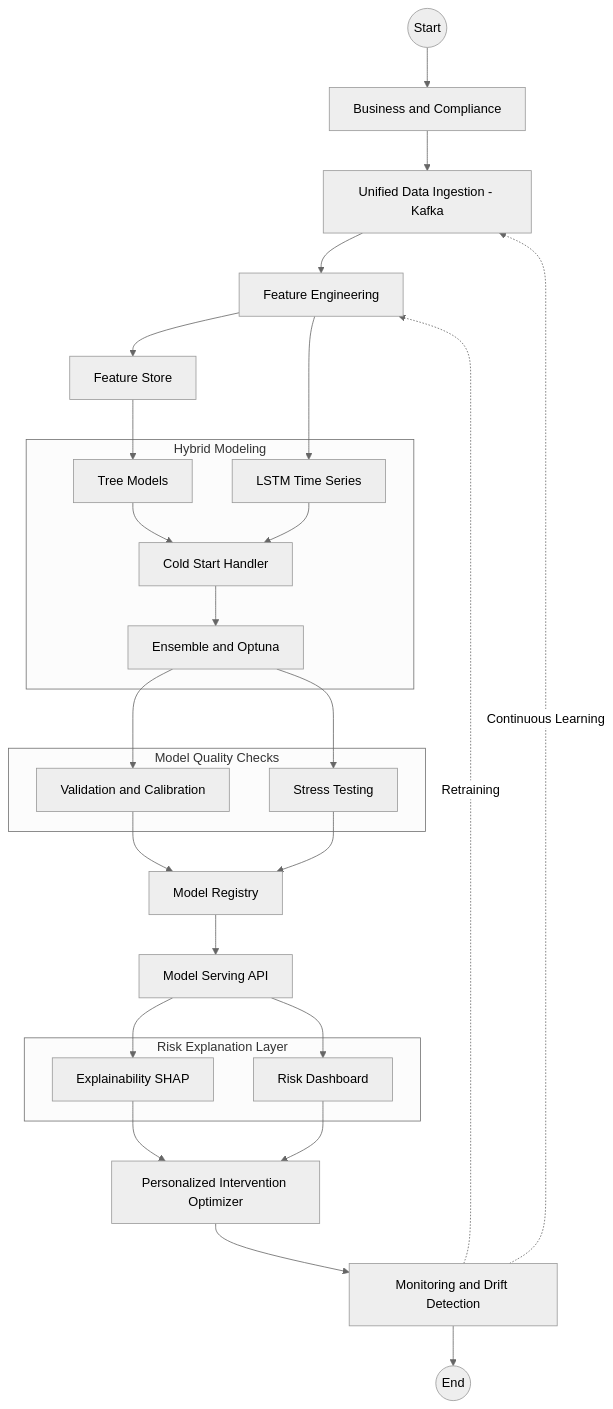
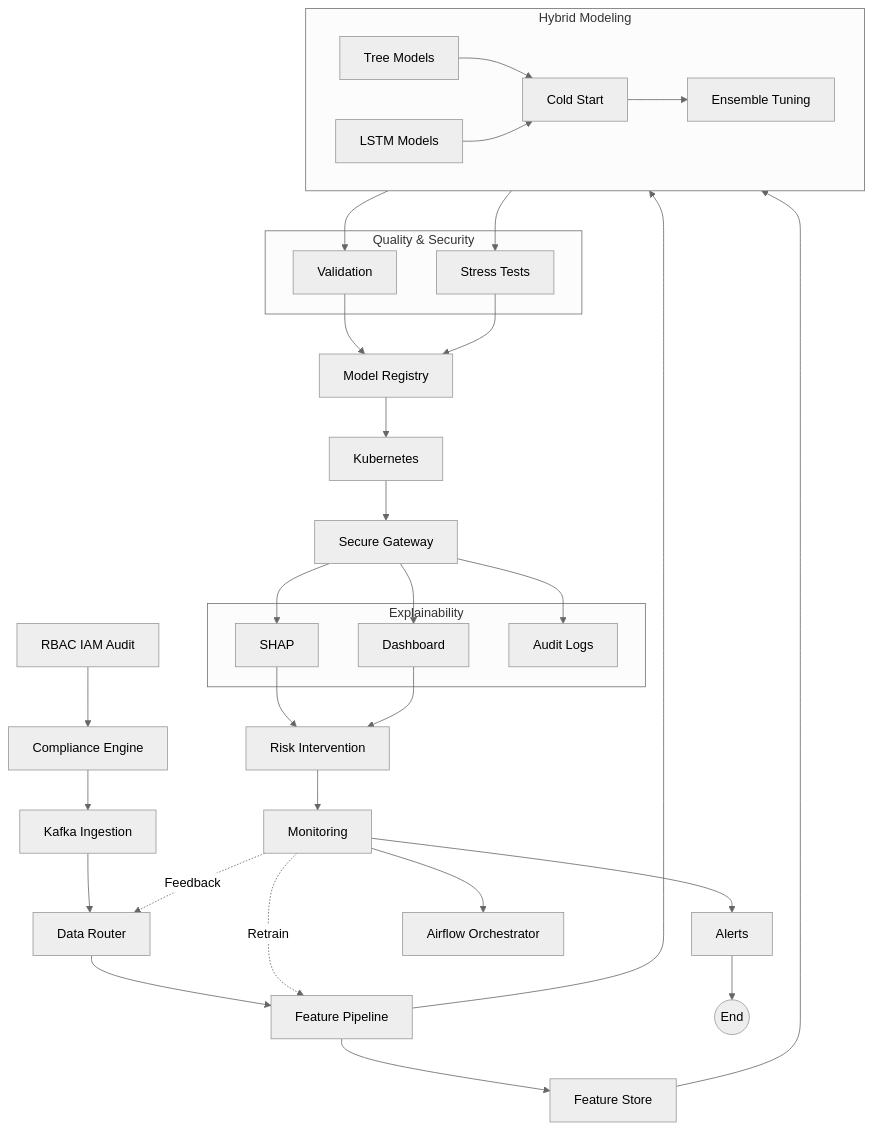
One commit to SHREESH-git/Pre-delinquency-engine changed the diagram in README.md. Above: the diagram before and after it, drawn with Mermaid (neutral theme).

Commit message:
Update README with flowchart

````diff
--- a/README.md
+++ b/README.md
@@ -59,57 +59,76 @@
 ```mermaid
 flowchart TD
 
-    Start((Start)) --> BC[Business and Compliance]
-    BC --> UDI[Unified Data Ingestion - Kafka]
+    %% ===== TOP CONTROL =====
+    A[RBAC IAM Audit] --> B[Compliance Engine]
+    B --> C[Kafka Ingestion]
+    C --> D[Data Router]
 
-    UDI --> FE[Feature Engineering]
-    FE --> FS[Feature Store]
+    %% ===== FEATURE LAYER =====
+    D --> E[Feature Pipeline]
+    E --> F[Feature Store]
 
-    %% Hybrid Modeling
+    %% ===== HYBRID MODELING =====
     subgraph HM[Hybrid Modeling]
-        TM[Tree Models]
-        LSTM[LSTM Time Series]
-        CSH[Cold Start Handler]
-        ENS[Ensemble and Optuna]
 
-        TM --> CSH
-        LSTM --> CSH
-        CSH --> ENS
+        direction LR
+        G[Tree Models]
+        H[LSTM Models]
+
+        G --> I[Cold Start]
+        H --> I
+        I --> J[Ensemble Tuning]
+
     end
 
-    FS --> TM
-    FE --> LSTM
+    F --> G
+    E --> H
 
-    %% Model Quality Checks
-    subgraph MQC[Model Quality Checks]
-        VC[Validation and Calibration]
-        ST[Stress Testing]
+    %% ===== QUALITY & SECURITY =====
+    subgraph QS[Quality & Security]
+
+        K[Validation]
+        L[Stress Tests]
+
     end
 
-    ENS --> VC
-    ENS --> ST
+    J --> K
+    J --> L
 
-    VC --> MR[Model Registry]
-    ST --> MR
+    K --> M[Model Registry]
+    L --> M
 
-    MR --> API[Model Serving API]
+    %% ===== DEPLOYMENT =====
+    M --> N[Kubernetes]
+    N --> O[Secure Gateway]
 
-    %% Risk Explanation Layer
-    subgraph REL[Risk Explanation Layer]
-        SHAP[Explainability SHAP]
-        RD[Risk Dashboard]
+    %% ===== EXPLAINABILITY =====
+    subgraph EX[Explainability]
+
+        P[SHAP]
+        Q[Dashboard]
+        R[Audit Logs]
+
     end
 
-    API --> SHAP
-    API --> RD
+    O --> P
+    O --> Q
+    O --> R
 
-    SHAP --> PIO[Personalized Intervention Optimizer]
-    RD --> PIO
+    %% ===== BUSINESS ACTION =====
+    P --> S[Risk Intervention]
+    Q --> S
 
-    PIO --> MDD[Monitoring and Drift Detection]
-    MDD --> End((End))
+    %% ===== MONITORING =====
+    S --> T[Monitoring]
+    T --> U[Alerts]
+    U --> V((End))
 
-    %% Continuous Learning Loop
-    MDD -. Continuous Learning .-> UDI
-    MDD -. Retraining .-> FE
+    %% ===== ORCHESTRATION =====
+    T --> W[Airflow Orchestrator]
+
+    %% ===== FEEDBACK LOOPS =====
+    T -. Feedback .-> D
+    T -. Retrain .-> E
+
 ```
````
